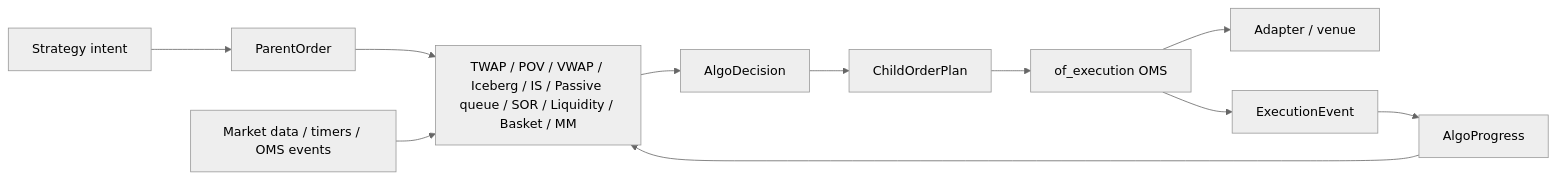
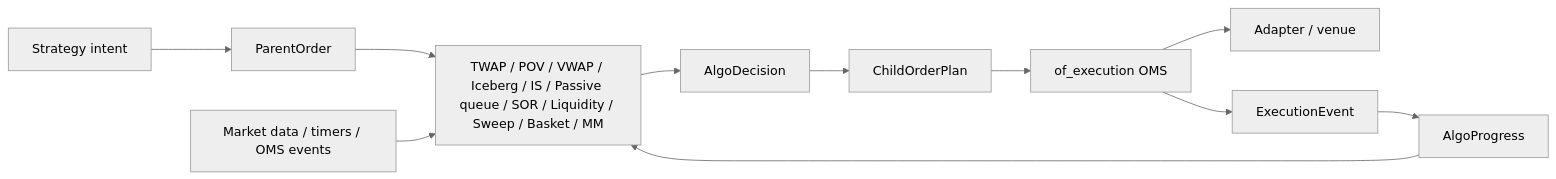
Before and after one commit to gregorian-09/orderflow: the diagram in crates/of_execution_algos/README.md, drawn with Mermaid (neutral theme). The commit also changed other lines of this file and 5 other files, not shown here.

````diff
--- a/crates/of_execution_algos/README.md
+++ b/crates/of_execution_algos/README.md
@@ -48,13 +50,13 @@
 ```mermaid
 flowchart LR
     Strategy[Strategy intent] --> Parent[ParentOrder]
-    Parent --> Algo[TWAP / POV / VWAP / Iceberg / IS / Passive queue / SOR / Liquidity / Basket / MM]
+    Parent --> Algo[TWAP / POV / VWAP / Iceberg / IS / Passive queue / SOR / Liquidity / Sweep / Basket / MM]
     Market[Market data / timers / OMS events] --> Algo
     Algo --> Decision[AlgoDecision]
     Decision --> Child[ChildOrderPlan]
     Child --> OMS[of_execution OMS]
     OMS --> Venue[Adapter / venue]
     OMS --> Events[ExecutionEvent]
     Events --> Progress[AlgoProgress]
     Progress --> Algo
 ```
````
